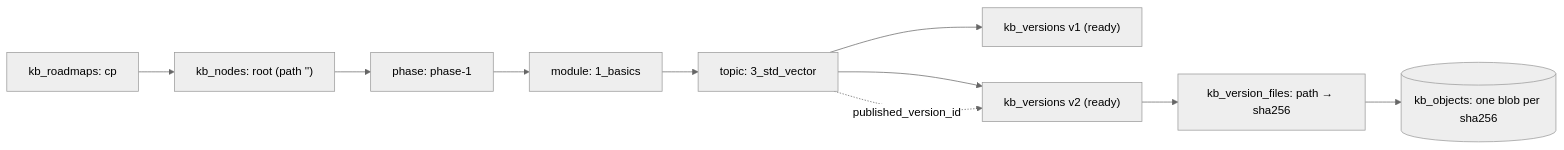
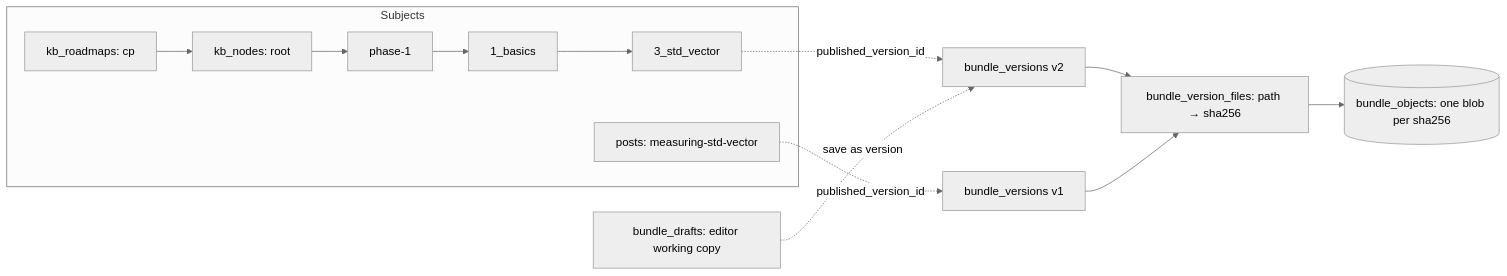
Before and after one commit to eyasir329/portfolio: the first of 3 diagrams in docs/10-roadmap-docs-system.md, drawn with Mermaid (neutral theme). The commit also changed other lines of this file and 25 other files, not shown here.

````diff
--- a/docs/10-roadmap-docs-system.md
+++ b/docs/10-roadmap-docs-system.md
@@ -99,12 +101,14 @@
 ```mermaid
 flowchart LR
-  R["kb_roadmaps: cp"] --> N0["kb_nodes: root (path '')"]
-  N0 --> P1["phase: phase-1"]
-  P1 --> M1["module: 1_basics"]
-  M1 --> T1["topic: 3_std_vector"]
-  T1 --> V1["kb_versions v1 (ready)"]
-  T1 --> V2["kb_versions v2 (ready)"]
-  T1 -. "published_version_id" .-> V2
-  V2 --> F["kb_version_files: path → sha256"]
-  F --> O[("kb_objects: one blob per sha256")]
+  subgraph Subjects
+    R["kb_roadmaps: cp"] --> N0["kb_nodes: root"]
+    N0 --> P1["phase-1"] --> M1["1_basics"] --> T1["3_std_vector"]
+    PO["posts: measuring-std-vector"]
+  end
+  T1 -. "published_version_id" .-> V2["bundle_versions v2"]
+  PO -. "published_version_id" .-> PV["bundle_versions v1"]
+  V2 --> F["bundle_version_files: path → sha256"]
+  PV --> F
+  F --> O[("bundle_objects: one blob per sha256")]
+  DR["bundle_drafts: editor working copy"] -. "save as version" .-> V2
 ```
````
